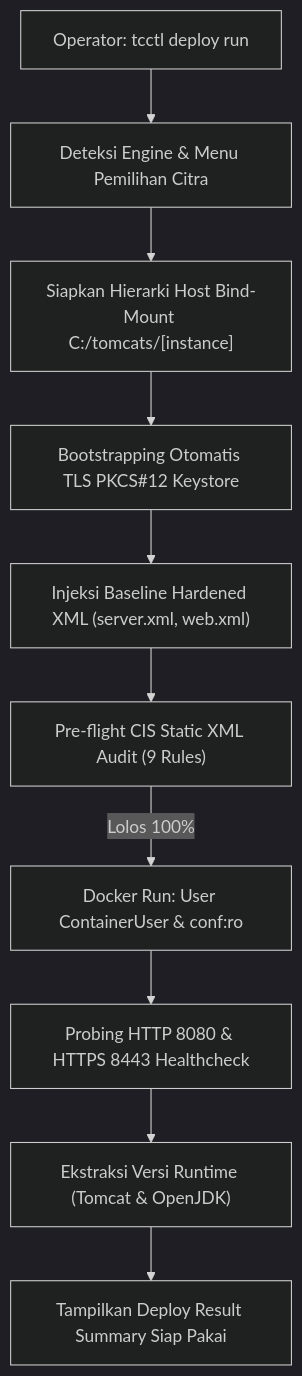
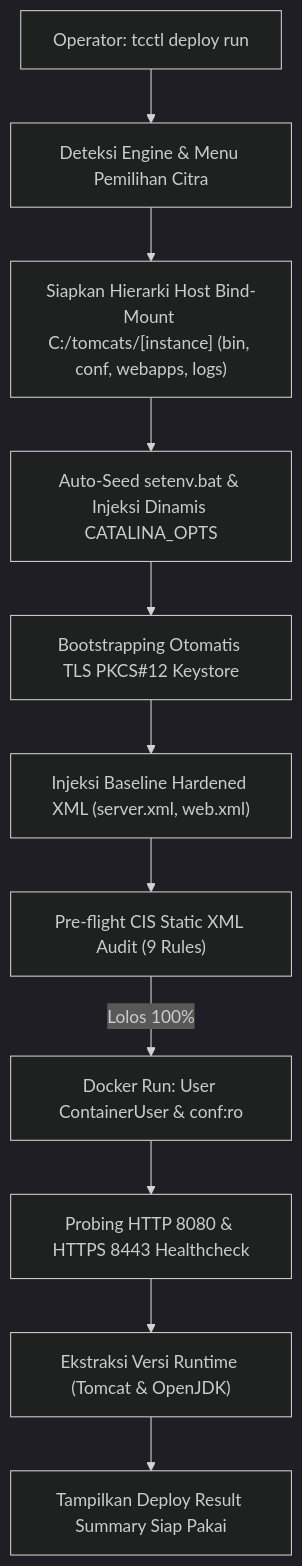
The diagram in content/how-to/deploy-tomcat-container-windows-server-tcctl.md (edkas07-oss/personal-site), drawn with Mermaid (dark theme) before and after one commit. The commit also changed other lines of this file and 1 other file, not shown here.

Commit message:
docs(how-to): update tomcat deployment guide with bin/setenv and dynamic jvm rollout

```diff
--- a/content/how-to/deploy-tomcat-container-windows-server-tcctl.md
+++ b/content/how-to/deploy-tomcat-container-windows-server-tcctl.md
@@ -36,12 +36,13 @@
 {{< mermaid >}}
 flowchart TD
     A["Operator: tcctl deploy run"] --> B["Deteksi Engine & Menu Pemilihan Citra"]
-    B --> C["Siapkan Hierarki Host Bind-Mount C:/tomcats/[instance]"]
-    C --> D["Bootstrapping Otomatis TLS PKCS#12 Keystore"]
-    D --> E["Injeksi Baseline Hardened XML (server.xml, web.xml)"]
-    E --> F["Pre-flight CIS Static XML Audit (9 Rules)"]
-    F -->|Lolos 100%| G["Docker Run: User ContainerUser & conf:ro"]
-    G --> H["Probing HTTP 8080 & HTTPS 8443 Healthcheck"]
-    H --> I["Ekstraksi Versi Runtime (Tomcat & OpenJDK)"]
-    I --> J["Tampilkan Deploy Result Summary Siap Pakai"]
+    B --> C["Siapkan Hierarki Host Bind-Mount C:/tomcats/[instance] (bin, conf, webapps, logs)"]
+    C --> D["Auto-Seed setenv.bat & Injeksi Dinamis CATALINA_OPTS"]
+    D --> E["Bootstrapping Otomatis TLS PKCS#12 Keystore"]
+    E --> F["Injeksi Baseline Hardened XML (server.xml, web.xml)"]
+    F --> G["Pre-flight CIS Static XML Audit (9 Rules)"]
+    G -->|Lolos 100%| H["Docker Run: User ContainerUser & conf:ro"]
+    H --> I["Probing HTTP 8080 & HTTPS 8443 Healthcheck"]
+    I --> J["Ekstraksi Versi Runtime (Tomcat & OpenJDK)"]
+    J --> K["Tampilkan Deploy Result Summary Siap Pakai"]
 {{< /mermaid >}}
```
